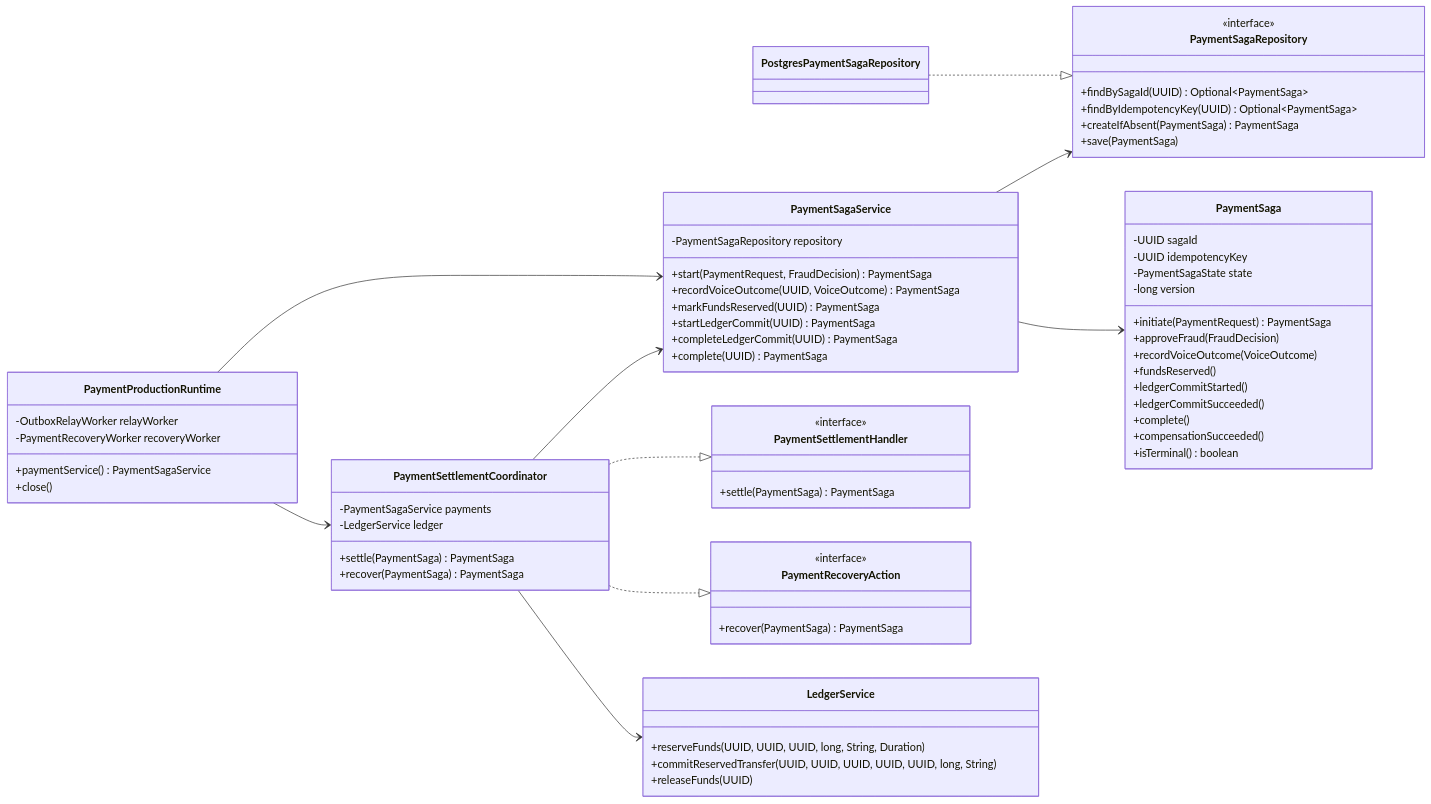
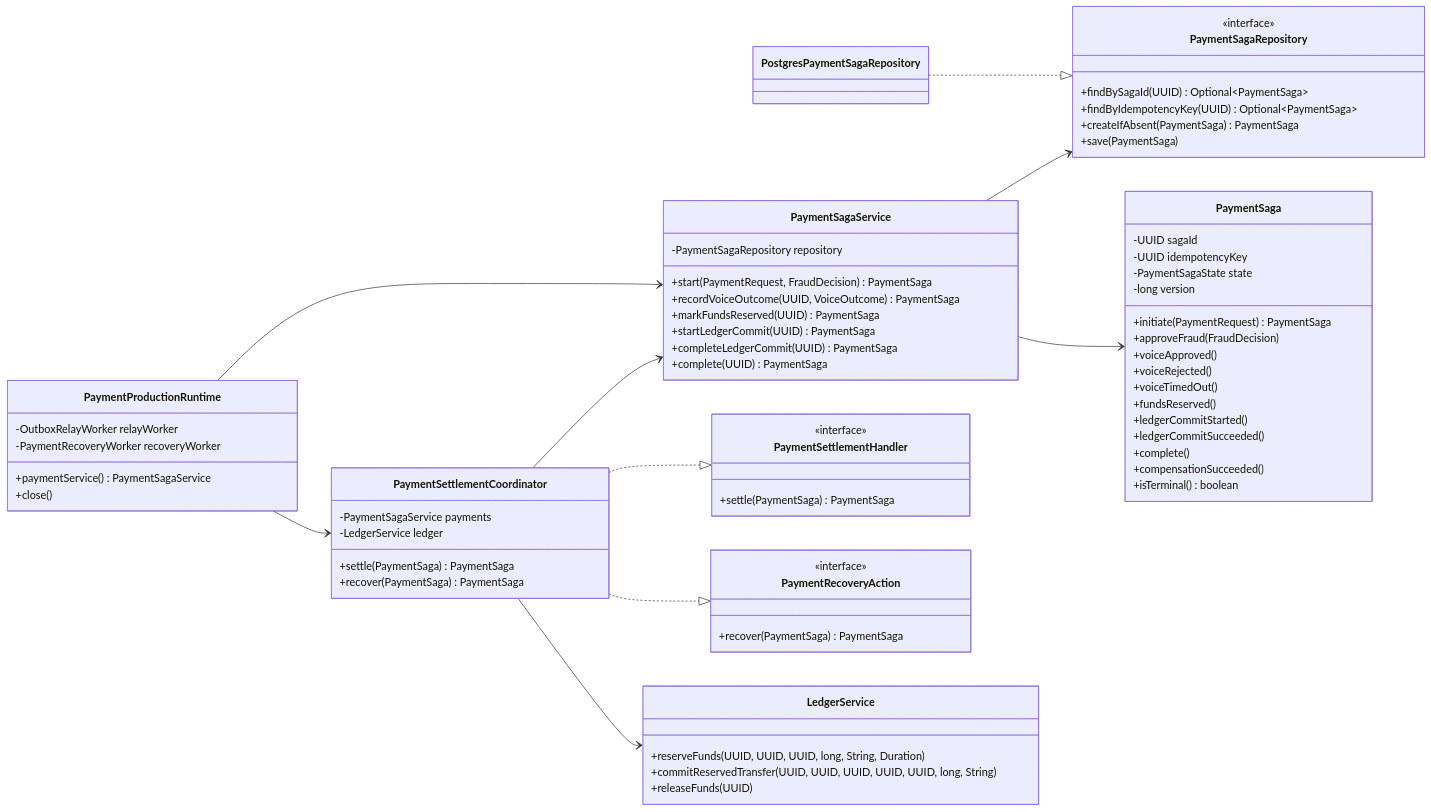
Before and after one commit to Tumelo4/voice-secure-wallet: the fourth of 6 diagrams in docs/architecture/architecture-and-uml-diagrams.md, drawn with Mermaid. The commit also changed other lines of this file, not shown here.

Commit message:
docs: clarify runtime architecture evidence (#111)

````diff
--- a/docs/architecture/architecture-and-uml-diagrams.md
+++ b/docs/architecture/architecture-and-uml-diagrams.md
@@ -127,75 +164,77 @@
 ```mermaid
 classDiagram
     direction LR
 
     class PaymentSaga {
         -UUID sagaId
         -UUID idempotencyKey
         -PaymentSagaState state
         -long version
         +initiate(PaymentRequest) PaymentSaga
         +approveFraud(FraudDecision)
-        +recordVoiceOutcome(VoiceOutcome)
+        +voiceApproved()
+        +voiceRejected()
+        +voiceTimedOut()
         +fundsReserved()
         +ledgerCommitStarted()
         +ledgerCommitSucceeded()
         +complete()
         +compensationSucceeded()
         +isTerminal() boolean
     }
 
     class PaymentSagaService {
         -PaymentSagaRepository repository
         +start(PaymentRequest, FraudDecision) PaymentSaga
         +recordVoiceOutcome(UUID, VoiceOutcome) PaymentSaga
         +markFundsReserved(UUID) PaymentSaga
         +startLedgerCommit(UUID) PaymentSaga
         +completeLedgerCommit(UUID) PaymentSaga
         +complete(UUID) PaymentSaga
     }
 
     class PaymentSagaRepository {
         <<interface>>
         +findBySagaId(UUID) Optional~PaymentSaga~
         +findByIdempotencyKey(UUID) Optional~PaymentSaga~
         +createIfAbsent(PaymentSaga) PaymentSaga
         +save(PaymentSaga)
     }
 
     class PostgresPaymentSagaRepository
     class PaymentSettlementHandler {
         <<interface>>
         +settle(PaymentSaga) PaymentSaga
     }
     class PaymentRecoveryAction {
         <<interface>>
         +recover(PaymentSaga) PaymentSaga
     }
     class PaymentSettlementCoordinator {
         -PaymentSagaService payments
         -LedgerService ledger
         +settle(PaymentSaga) PaymentSaga
         +recover(PaymentSaga) PaymentSaga
     }
     class LedgerService {
         +reserveFunds(UUID, UUID, UUID, long, String, Duration)
         +commitReservedTransfer(UUID, UUID, UUID, UUID, UUID, long, String)
         +releaseFunds(UUID)
     }
     class PaymentProductionRuntime {
         -OutboxRelayWorker relayWorker
         -PaymentRecoveryWorker recoveryWorker
         +paymentService() PaymentSagaService
         +close()
     }
 
     PaymentSagaService --> PaymentSagaRepository
     PaymentSagaService --> PaymentSaga
     PostgresPaymentSagaRepository ..|> PaymentSagaRepository
     PaymentSettlementCoordinator ..|> PaymentSettlementHandler
     PaymentSettlementCoordinator ..|> PaymentRecoveryAction
     PaymentSettlementCoordinator --> PaymentSagaService
     PaymentSettlementCoordinator --> LedgerService
     PaymentProductionRuntime --> PaymentSagaService
     PaymentProductionRuntime --> PaymentSettlementCoordinator
 ```
````
